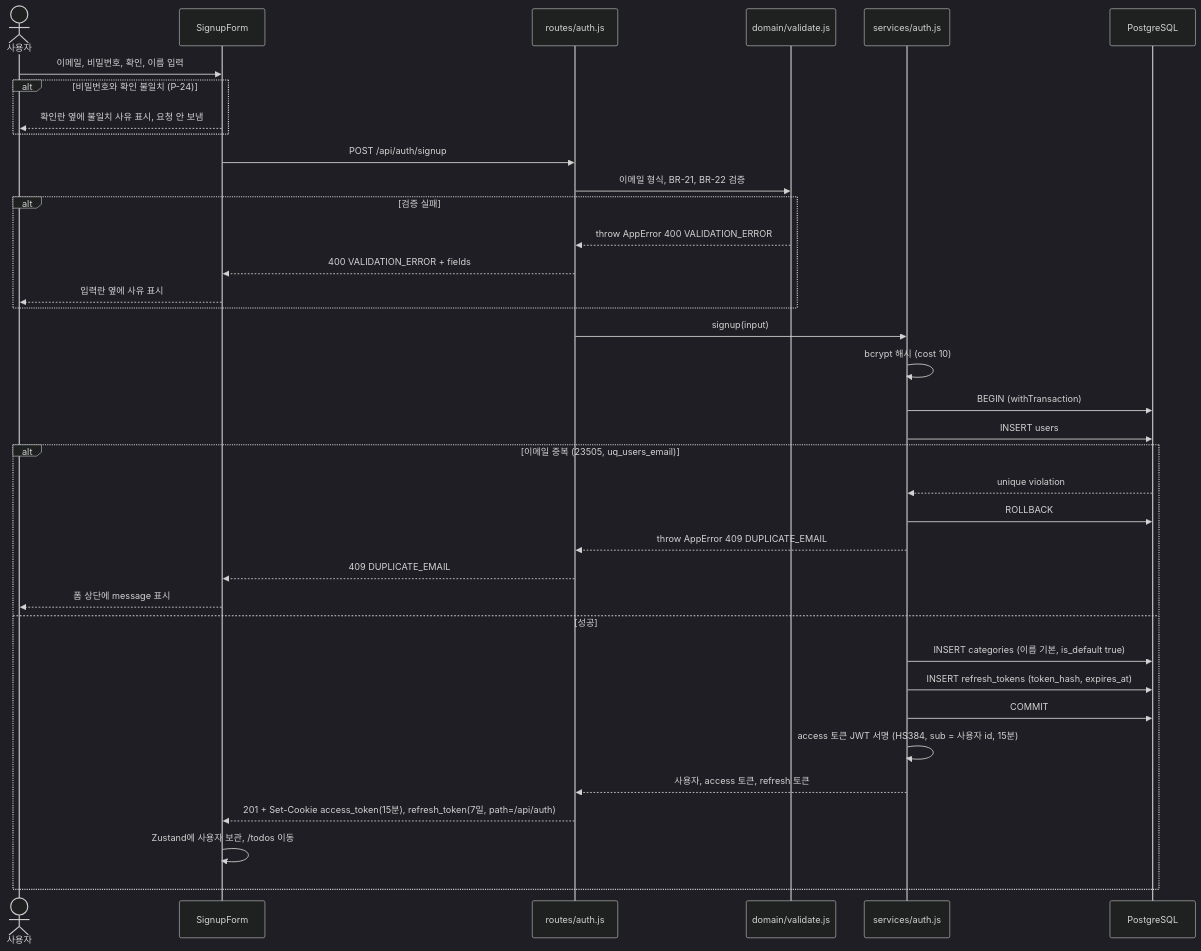
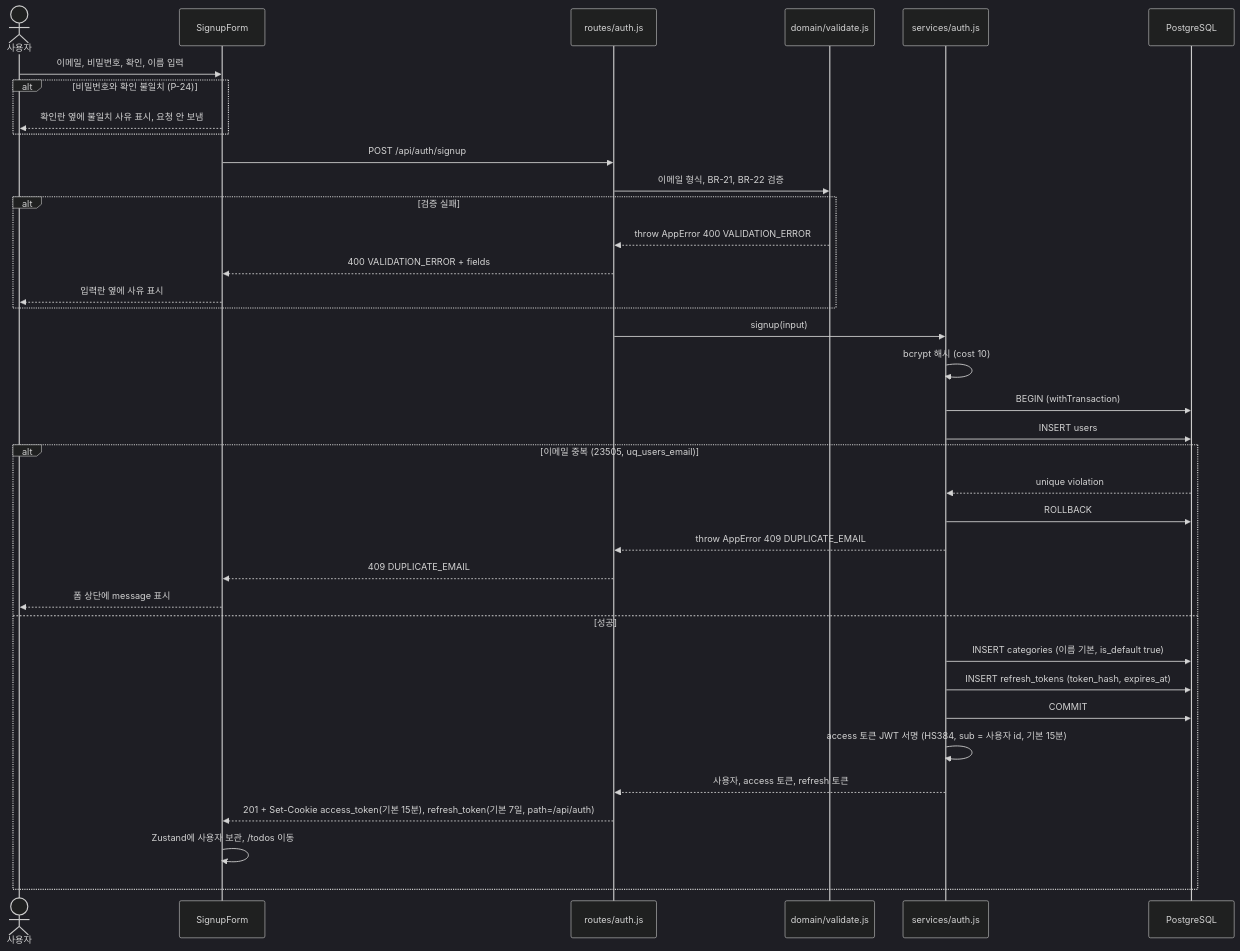
The fourth of 10 diagrams in docs/6-arch-diagram.md (pomyeong/todolist-app), drawn with Mermaid (dark theme) before and after one commit. The commit also changed other lines of this file and 4 other files, not shown here.

````diff
--- a/docs/6-arch-diagram.md
+++ b/docs/6-arch-diagram.md
@@ -188,40 +191,40 @@
 ```mermaid
 sequenceDiagram
     actor U as 사용자
     participant FE as SignupForm
     participant RT as routes/auth.js
     participant VD as domain/validate.js
     participant SV as services/auth.js
     participant DB as PostgreSQL
 
     U->>FE: 이메일, 비밀번호, 확인, 이름 입력
     alt 비밀번호와 확인 불일치 (P-24)
         FE-->>U: 확인란 옆에 불일치 사유 표시, 요청 안 보냄
     end
     FE->>RT: POST /api/auth/signup
     RT->>VD: 이메일 형식, BR-21, BR-22 검증
     alt 검증 실패
         VD-->>RT: throw AppError 400 VALIDATION_ERROR
         RT-->>FE: 400 VALIDATION_ERROR + fields
         FE-->>U: 입력란 옆에 사유 표시
     end
     RT->>SV: signup(input)
     SV->>SV: bcrypt 해시 (cost 10)
     SV->>DB: BEGIN (withTransaction)
     SV->>DB: INSERT users
     alt 이메일 중복 (23505, uq_users_email)
         DB-->>SV: unique violation
         SV->>DB: ROLLBACK
         SV-->>RT: throw AppError 409 DUPLICATE_EMAIL
         RT-->>FE: 409 DUPLICATE_EMAIL
         FE-->>U: 폼 상단에 message 표시
     else 성공
         SV->>DB: INSERT categories (이름 기본, is_default true)
         SV->>DB: INSERT refresh_tokens (token_hash, expires_at)
         SV->>DB: COMMIT
-        SV->>SV: access 토큰 JWT 서명 (HS384, sub = 사용자 id, 15분)
+        SV->>SV: access 토큰 JWT 서명 (HS384, sub = 사용자 id, 기본 15분)
         SV-->>RT: 사용자, access 토큰, refresh 토큰
-        RT-->>FE: 201 + Set-Cookie access_token(15분), refresh_token(7일, path=/api/auth)
+        RT-->>FE: 201 + Set-Cookie access_token(기본 15분), refresh_token(기본 7일, path=/api/auth)
         FE->>FE: Zustand에 사용자 보관, /todos 이동
     end
 ```
````
